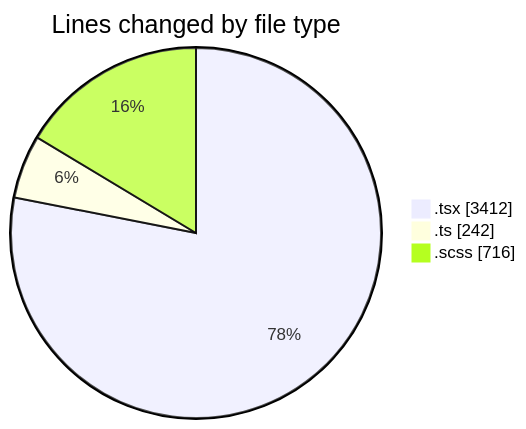
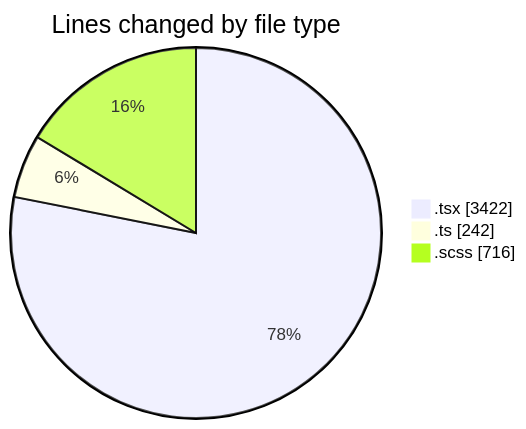
One commit to momahboobian/code-tracking changed the first of 2 diagrams in 2025-09-15/cda/README.md. Above: the diagram before and after it, drawn with Mermaid. The commit also changed other lines of this file and 1 other file, not shown here.

````diff
--- a/2025-09-15/cda/README.md
+++ b/2025-09-15/cda/README.md
@@ -25,7 +25,7 @@
 ```mermaid
 pie showData
 title Lines changed by file type
-".tsx" : 3412
+".tsx" : 3422
 ".ts" : 242
 ".scss" : 716
 ```
````
